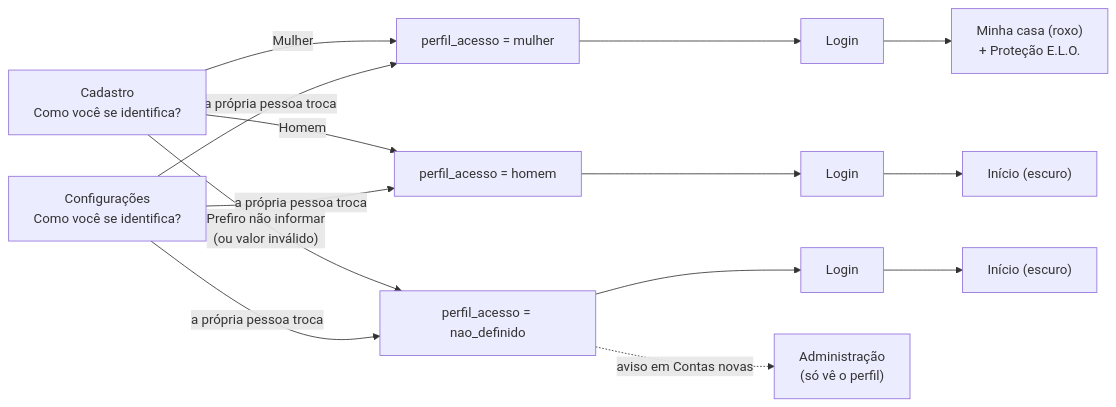
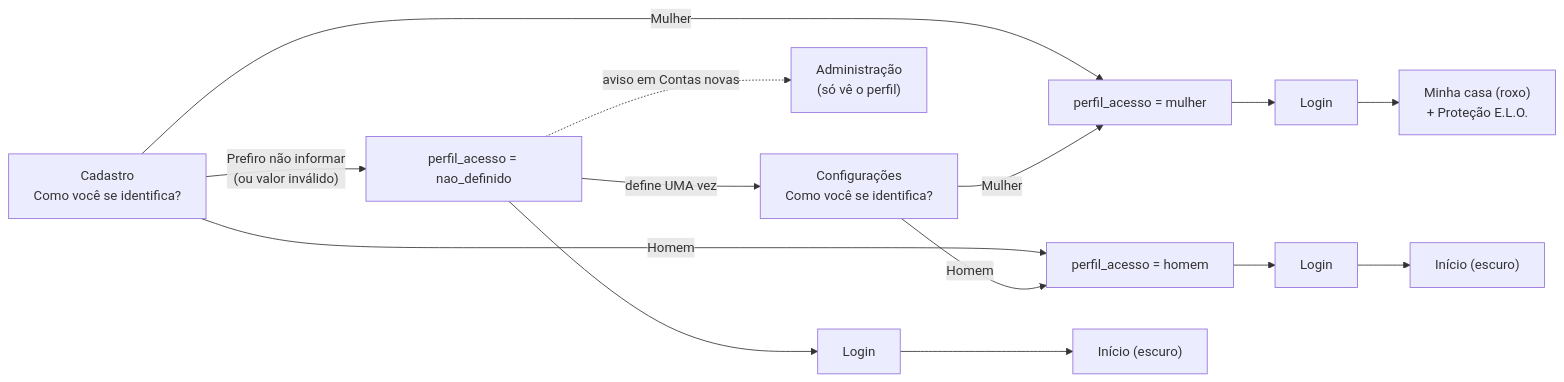
One commit to Alveska20/ELO changed the fourth of 4 diagrams in docs/figma/FLUXO_NAVEGACAO.md. Above: the diagram before and after it, drawn with Mermaid. The commit also changed other lines of this file and 10 other files, not shown here.

Commit message:
Perfil de acesso definido uma única vez

````diff
--- a/docs/figma/FLUXO_NAVEGACAO.md
+++ b/docs/figma/FLUXO_NAVEGACAO.md
@@ -236,11 +236,13 @@
 ```mermaid
 flowchart LR
     CAD["Cadastro<br/>Como você se identifica?"] -- "Mulher" --> PM["perfil_acesso = mulher"]
     CAD -- "Homem" --> PH["perfil_acesso = homem"]
     CAD -- "Prefiro não informar<br/>(ou valor inválido)" --> PN["perfil_acesso = nao_definido"]
     PM --> LOGIN[Login] --> ROXO["Minha casa (roxo)<br/>+ Proteção E.L.O."]
     PH --> LOGIN2[Login] --> ESC["Início (escuro)"]
     PN --> LOGIN3[Login] --> ESC2["Início (escuro)"]
     PN -. "aviso em Contas novas" .-> ADM["Administração<br/>(só vê o perfil)"]
-    CONF["Configurações<br/>Como você se identifica?"] -- "a própria pessoa troca" --> PM & PH & PN
+    PN -- "define UMA vez" --> CONF["Configurações<br/>Como você se identifica?"]
+    CONF -- "Mulher" --> PM
+    CONF -- "Homem" --> PH
 ```
````
